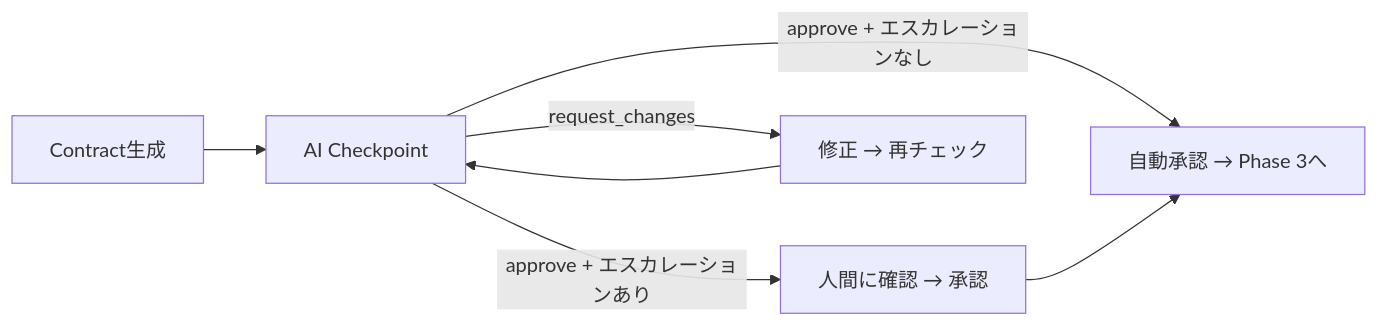
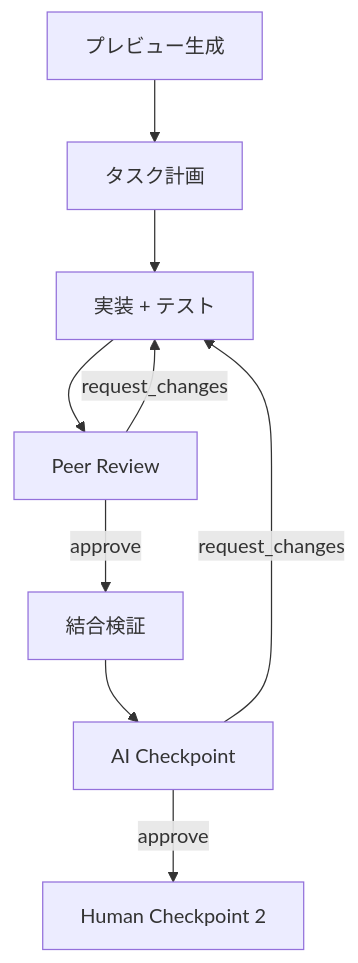
Before and after one commit to koyakimu/autopilot-development-boilerplate: the fifth of 7 diagrams in APD-FRAMEWORK.md, drawn with Mermaid. The commit also changed other lines of this file and 34 other files, not shown here.

````diff
--- a/APD-FRAMEWORK.md
+++ b/APD-FRAMEWORK.md
@@ -228,9 +225,11 @@
 ```mermaid
-graph LR
-    A[Contract生成] --> B[AI Checkpoint]
-    B -->|approve + エスカレーションなし| C[自動承認 → Phase 3へ]
-    B -->|approve + エスカレーションあり| D[人間に確認 → 承認]
-    B -->|request_changes| E[修正 → 再チェック]
-    D --> C
-    E --> B
+graph TD
+    A[プレビュー生成] --> B[タスク計画]
+    B --> C[実装 + テスト]
+    C --> D[Peer Review]
+    D -->|approve| E[結合検証]
+    D -->|request_changes| C
+    E --> F[AI Checkpoint]
+    F -->|approve| G[Human Checkpoint 2]
+    F -->|request_changes| C
 ```
````
